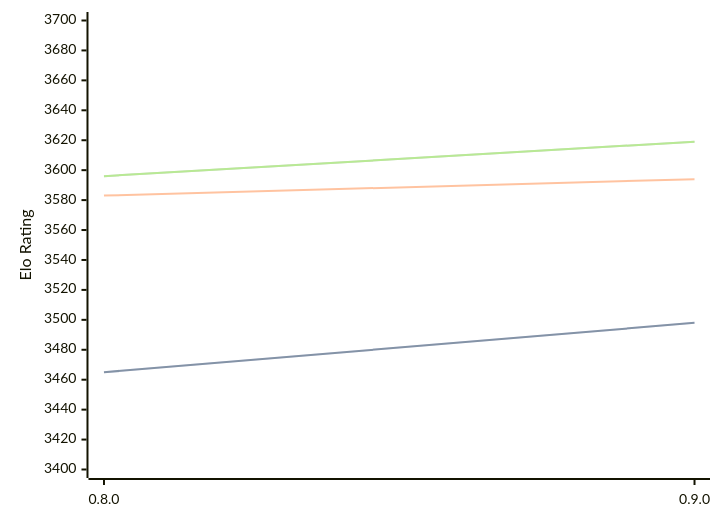
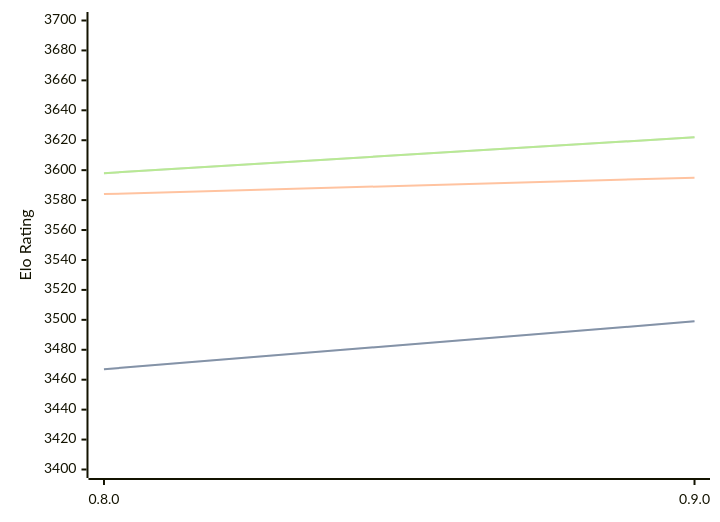
Before and after one commit to computer-chess-index/cci: the diagram in engines/Reckless.md, drawn with Mermaid. The commit also changed other lines of this file, not shown here.

Commit message:
Update CCI Ratings (ELO VLTC) - 2026-03-29

````diff
--- a/engines/Reckless.md
+++ b/engines/Reckless.md
@@ -39,11 +39,11 @@
 ```mermaid
 %%{init: {"theme":"base","themeVariables":{"seriesColors:['#a3a3a3','#222221','#faa371']}}}%%
 xychart-beta
   x-axis ["0.8.0", "0.9.0"]
   y-axis "Elo Rating" 3400 --> 3700
-  line "STC (8.0+0.08s)" [3465, 3498]
-  line "STC (8.0+0.08s)" [3465, 3498]
-  line "LTC (60.0+0.60s)" [3583, 3594]
-  line "VLTC (2m24s+1.12s)" [3596, 3619]
-  line "VLTC (2m24s+1.12s)" [3596, 3619]
+  line "STC (8.0+0.08s)" [3467, 3499]
+  line "STC (8.0+0.08s)" [3467, 3499]
+  line "LTC (60.0+0.60s)" [3584, 3595]
+  line "VLTC (2m24s+1.12s)" [3598, 3622]
+  line "VLTC (2m24s+1.12s)" [3598, 3622]
 ```
````
